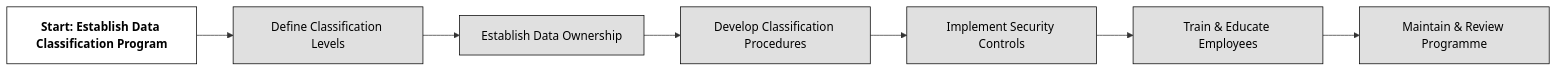
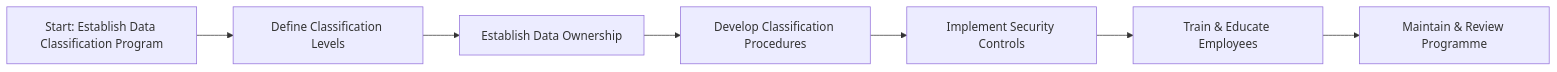
Before and after one commit to lorenzoleonelli/CISSP-Zero-to-Hero: the diagram in DOMAIN2 - Asset Security/2.1 Identify and classify information and assets.md, drawn with Mermaid. The commit also changed 1 other file, not shown here.

Commit message:
LL 2026-2-10:20:26:39

````diff
--- a/DOMAIN2 - Asset Security/2.1 Identify and classify information and assets.md
+++ b/DOMAIN2 - Asset Security/2.1 Identify and classify information and assets.md
@@ -81,16 +81,10 @@
 ```mermaid
 flowchart LR
     A[Start: Establish Data Classification Program] --> B[Define Classification Levels]
     B --> C[Establish Data Ownership]
     C --> D[Develop Classification Procedures]
     D --> E[Implement Security Controls]
     E --> F[Train & Educate Employees]
     F --> G[Maintain & Review Programme]
 
-    classDef center fill:#ffffff,color:#000000,stroke:#000000,stroke-width:1px,font-weight:bold
-    classDef node fill:#e0e0e0,color:#000000,stroke:#000000,stroke-width:1px
-
-    %% Assigning classes to the nodes
-    class A center
-    class B,C,D,E,F,G node
 ```
````
